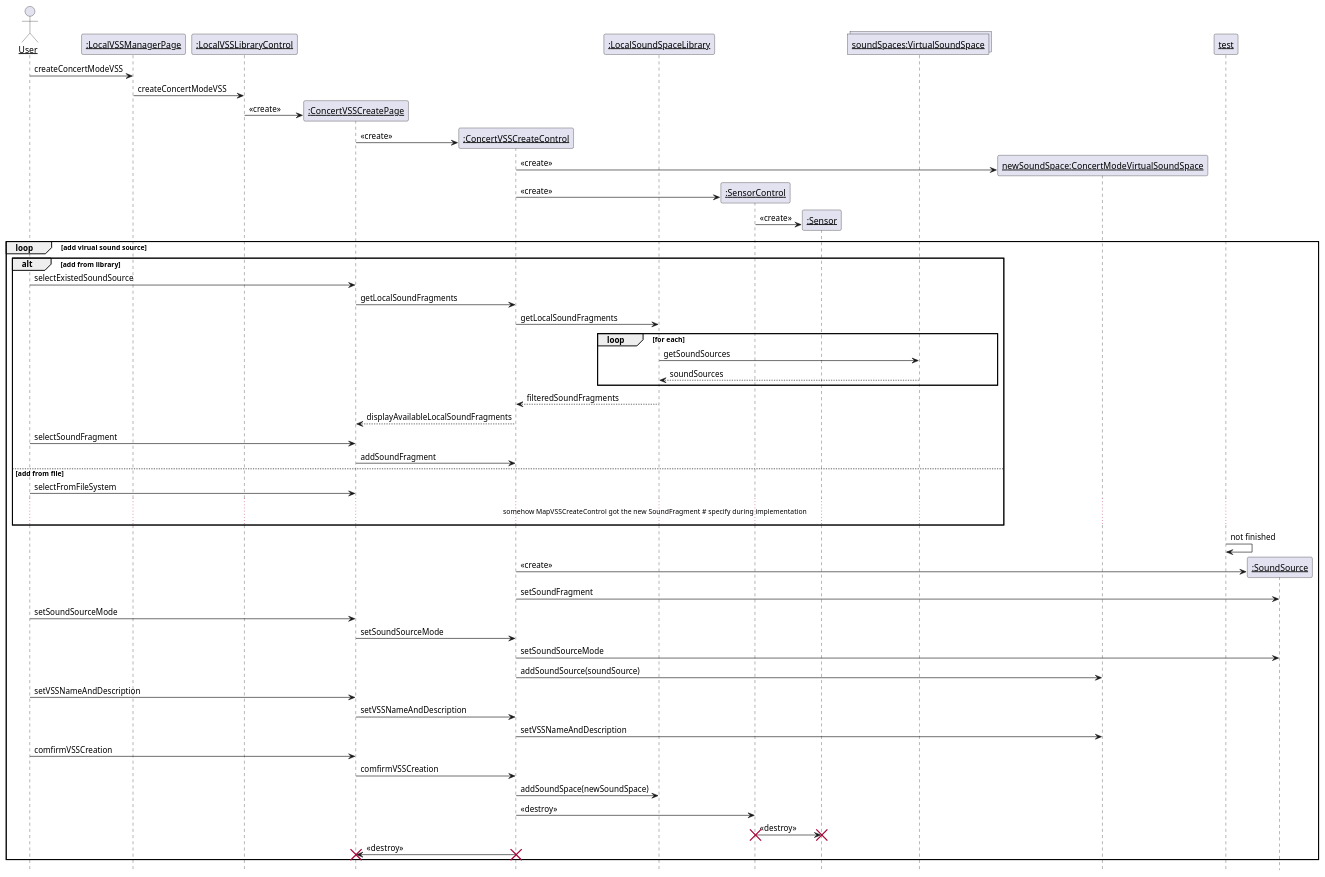
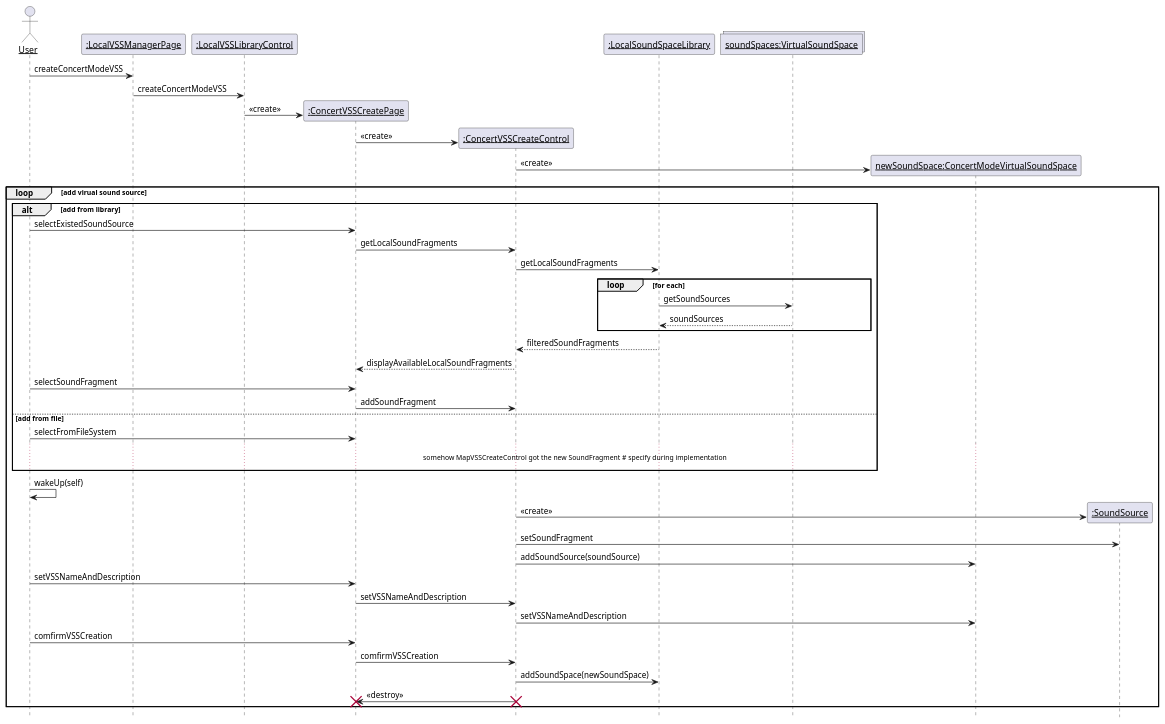
One commit to kpp19920121/doc changed the sixth of 20 diagrams in 需求定义和分析/SeqDiagram/SeqDiagram.md. Above: the diagram before and after it, drawn with PlantUML. The commit also changed other lines of this file and 39 other files, not shown here.

Commit message:
Reordered Sequence Diagrams

````diff
--- a/需求定义和分析/SeqDiagram/SeqDiagram.md
+++ b/需求定义和分析/SeqDiagram/SeqDiagram.md
@@ -230,76 +263,66 @@
 ```PlantUML
-@startuml
+@startuml CreateConcertModeVSS
 hide footbox
 skinparam sequenceParticipant underline
 
 
 actor User as user
 participant ":LocalVSSManagerPage" as boundary
 participant ":LocalVSSLibraryControl" as control
 participant ":ConcertVSSCreatePage" as createboundary
 participant ":ConcertVSSCreateControl" as createcontrol
 participant ":LocalSoundSpaceLibrary" as library
-participant ":SensorControl" as sensorcontrol
-participant ":Sensor" as sensor
 collections "soundSpaces:VirtualSoundSpace" as vsses
 participant "newSoundSpace:ConcertModeVirtualSoundSpace" as newspace
 
 
 
 user -> boundary: createConcertModeVSS
 boundary -> control: createConcertModeVSS
 create createboundary
 control -> createboundary: <<create>>
 create createcontrol
 createboundary -> createcontrol: <<create>>
 create newspace
 createcontrol -> newspace: <<create>>
-create sensorcontrol
-createcontrol -> sensorcontrol: <<create>>
-create sensor
-sensorcontrol -> sensor: <<create>>
+
 loop add virual sound source
     alt add from library
         user -> createboundary: selectExistedSoundSource
         createboundary -> createcontrol: getLocalSoundFragments
         createcontrol -> library: getLocalSoundFragments
         loop for each
             library -> vsses: getSoundSources
             vsses --> library: soundSources
         end
         library --> createcontrol: filteredSoundFragments
         createcontrol --> createboundary: displayAvailableLocalSoundFragments
         user -> createboundary: selectSoundFragment
         createboundary -> createcontrol: addSoundFragment
     else add from file
         user -> createboundary: selectFromFileSystem
         ...somehow MapVSSCreateControl got the new SoundFragment # specify during implementation...
     end
 
-    test -> test: not finished
+
     participant ":SoundSource" as source
+    user -> user: wakeUp(self)
     create source
     createcontrol -> source: <<create>>
     createcontrol -> source: setSoundFragment
-    user -> createboundary: setSoundSourceMode
-    createboundary -> createcontrol: setSoundSourceMode
-    createcontrol -> source: setSoundSourceMode
     createcontrol -> newspace: addSoundSource(soundSource)
     user -> createboundary: setVSSNameAndDescription
     createboundary -> createcontrol: setVSSNameAndDescription
     createcontrol -> newspace: setVSSNameAndDescription
     user -> createboundary: comfirmVSSCreation
     createboundary -> createcontrol: comfirmVSSCreation
     createcontrol -> library: addSoundSpace(newSoundSpace)
-    createcontrol -> sensorcontrol: <<destroy>>
-    sensorcontrol -> sensor: <<destroy>>
-    destroy sensorcontrol
-    destroy sensor
+
     createcontrol -> createboundary: <<destroy>>
     destroy createboundary
     destroy createcontrol
 
 
 end
 @enduml
 ```
````
